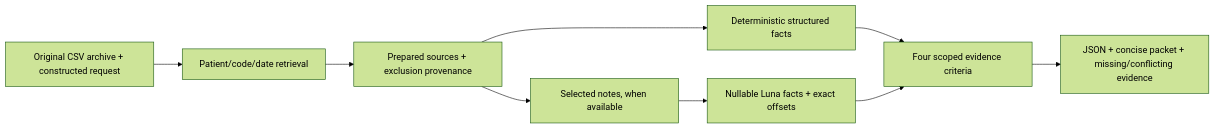
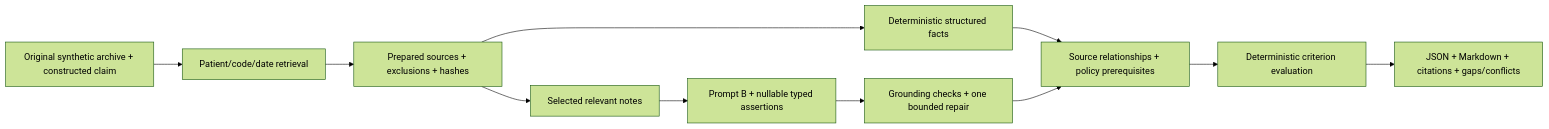
The diagram in README.md (The-Veridis-Lion/Clinical-Evidence-Engine), drawn with Mermaid (forest theme) before and after one commit. The commit also changed other lines of this file and 14 other files, not shown here.

Commit message:
Publish verified Prompt B portfolio release with scoped results and cost accounting

````diff
--- a/README.md
+++ b/README.md
@@ -123,11 +29,13 @@
 ```mermaid
 flowchart LR
-    A[Original CSV archive + constructed request] --> R[Patient/code/date retrieval]
-    R --> P[Prepared sources + exclusion provenance]
+    A[Original synthetic archive + constructed claim] --> R[Patient/code/date retrieval]
+    R --> P[Prepared sources + exclusions + hashes]
     P --> S[Deterministic structured facts]
-    P --> N[Selected notes, when available]
-    N --> L[Nullable Luna facts + exact offsets]
-    S --> C[Four scoped evidence criteria]
-    L --> C
-    C --> E[JSON + concise packet + missing/conflicting evidence]
+    P --> N[Selected relevant notes]
+    N --> L[Prompt B + nullable typed assertions]
+    L --> V[Grounding checks + one bounded repair]
+    S --> C[Source relationships + policy prerequisites]
+    V --> C
+    C --> D[Deterministic criterion evaluation]
+    D --> E[JSON + Markdown + citations + gaps/conflicts]
 ```
````
